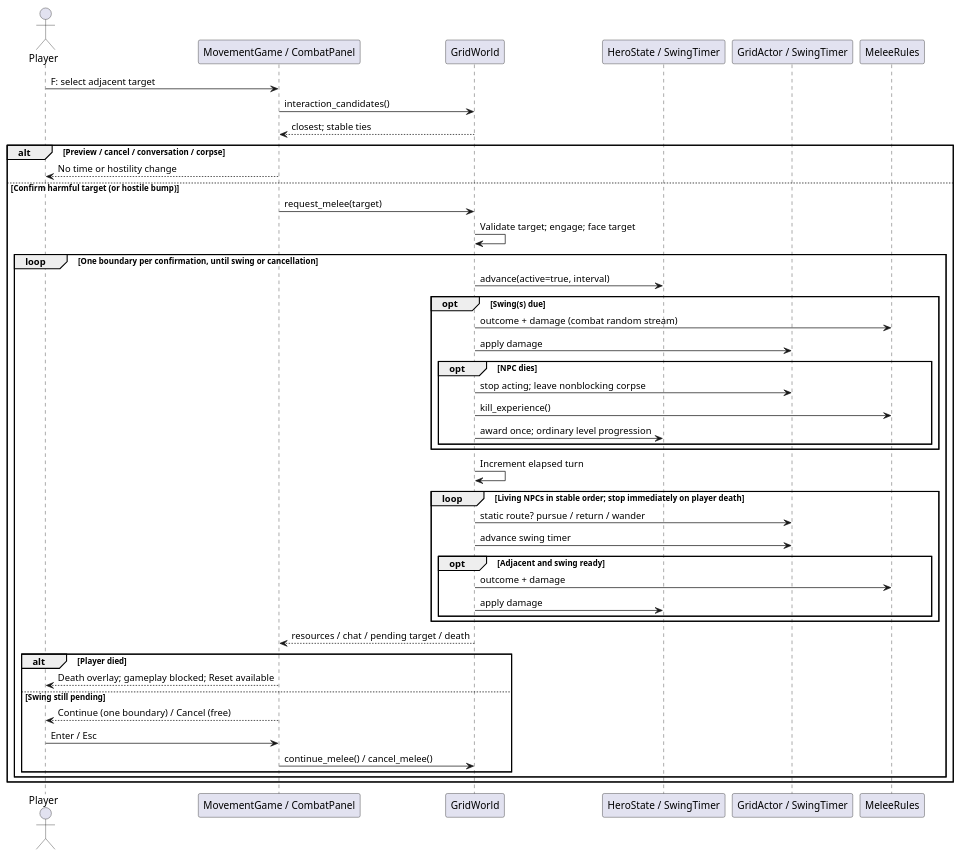
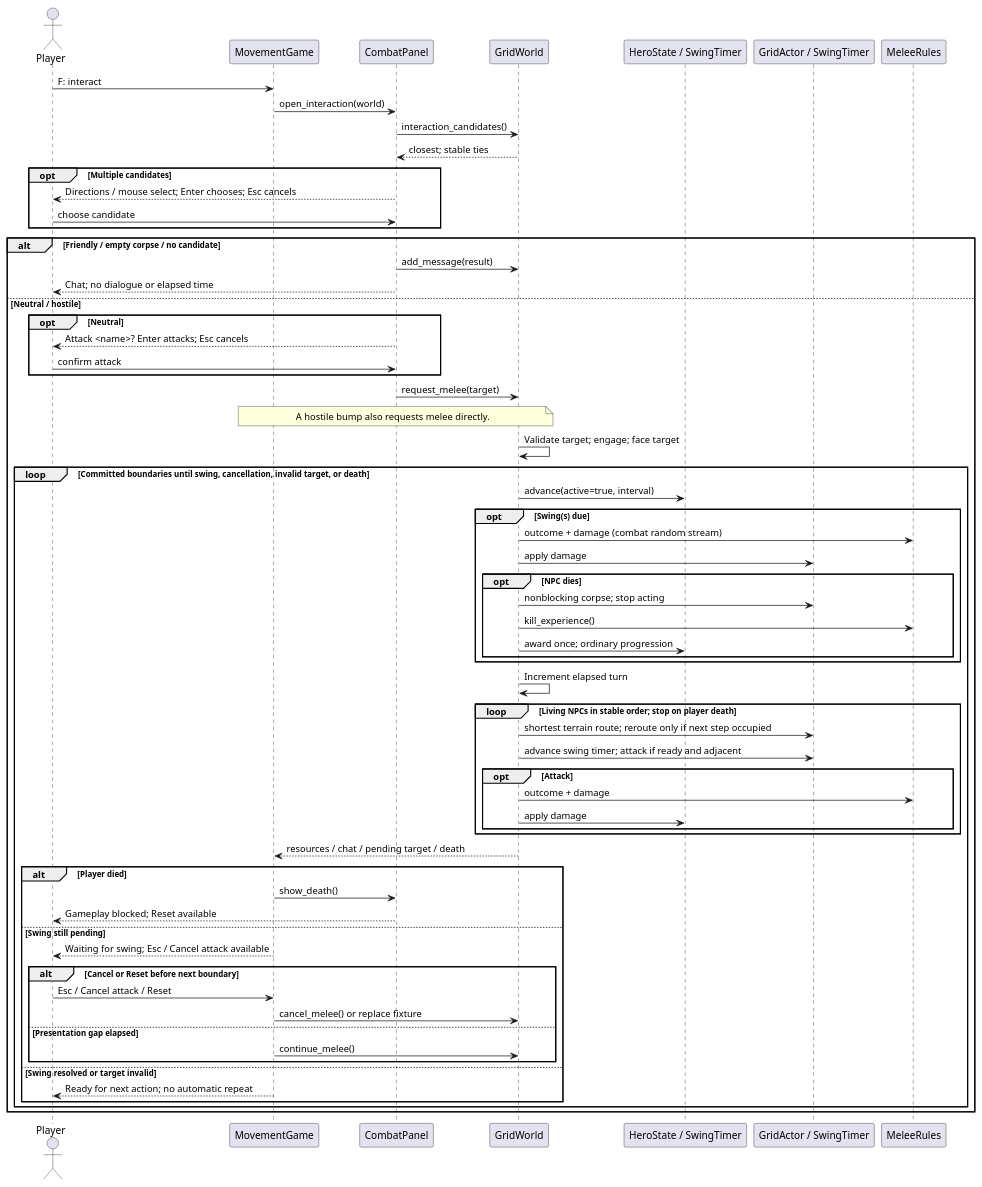
One commit to VHonzik/Ostinato changed the diagram in docs/architecture/sequences/combat_turn.puml. Above: the diagram before and after it, drawn with PlantUML. The commit also changed 12 other files, not shown here.

Commit message:
Address milestone 3 combat and interaction QA

```diff
--- a/docs/architecture/sequences/combat_turn.puml
+++ b/docs/architecture/sequences/combat_turn.puml
@@ -1,49 +1,68 @@
 @startuml
 !pragma layout smetana
 skinparam shadowing false
 actor Player
-participant "MovementGame / CombatPanel" as UI
+participant MovementGame as Game
+participant CombatPanel as Panel
 participant GridWorld as World
 participant "HeroState / SwingTimer" as Hero
 participant "GridActor / SwingTimer" as NPC
 participant MeleeRules as Rules
 
-Player -> UI : F: select adjacent target
-UI -> World : interaction_candidates()
-World --> UI : closest; stable ties
-alt Preview / cancel / conversation / corpse
-  UI --> Player : No time or hostility change
-else Confirm harmful target (or hostile bump)
-  UI -> World : request_melee(target)
+Player -> Game : F: interact
+Game -> Panel : open_interaction(world)
+Panel -> World : interaction_candidates()
+World --> Panel : closest; stable ties
+opt Multiple candidates
+  Panel --> Player : Directions / mouse select; Enter chooses; Esc cancels
+  Player -> Panel : choose candidate
+end
+alt Friendly / empty corpse / no candidate
+  Panel -> World : add_message(result)
+  Panel --> Player : Chat; no dialogue or elapsed time
+else Neutral / hostile
+  opt Neutral
+    Panel --> Player : Attack <name>? Enter attacks; Esc cancels
+    Player -> Panel : confirm attack
+  end
+  Panel -> World : request_melee(target)
+  note over Game, World : A hostile bump also requests melee directly.
   World -> World : Validate target; engage; face target
-  loop One boundary per confirmation, until swing or cancellation
+  loop Committed boundaries until swing, cancellation, invalid target, or death
     World -> Hero : advance(active=true, interval)
     opt Swing(s) due
       World -> Rules : outcome + damage (combat random stream)
       World -> NPC : apply damage
       opt NPC dies
-        World -> NPC : stop acting; leave nonblocking corpse
+        World -> NPC : nonblocking corpse; stop acting
         World -> Rules : kill_experience()
-        World -> Hero : award once; ordinary level progression
+        World -> Hero : award once; ordinary progression
       end
     end
     World -> World : Increment elapsed turn
-    loop Living NPCs in stable order; stop immediately on player death
-      World -> NPC : static route? pursue / return / wander
-      World -> NPC : advance swing timer
-      opt Adjacent and swing ready
+    loop Living NPCs in stable order; stop on player death
+      World -> NPC : shortest terrain route; reroute only if next step occupied
+      World -> NPC : advance swing timer; attack if ready and adjacent
+      opt Attack
         World -> Rules : outcome + damage
         World -> Hero : apply damage
       end
     end
-    World --> UI : resources / chat / pending target / death
+    World --> Game : resources / chat / pending target / death
     alt Player died
-      UI --> Player : Death overlay; gameplay blocked; Reset available
+      Game -> Panel : show_death()
+      Panel --> Player : Gameplay blocked; Reset available
     else Swing still pending
-      UI --> Player : Continue (one boundary) / Cancel (free)
-      Player -> UI : Enter / Esc
-      UI -> World : continue_melee() / cancel_melee()
+      Game --> Player : Waiting for swing; Esc / Cancel attack available
+      alt Cancel or Reset before next boundary
+        Player -> Game : Esc / Cancel attack / Reset
+        Game -> World : cancel_melee() or replace fixture
+      else Presentation gap elapsed
+        Game -> World : continue_melee()
+      end
+    else Swing resolved or target invalid
+      Game --> Player : Ready for next action; no automatic repeat
     end
   end
 end
 @enduml
```
